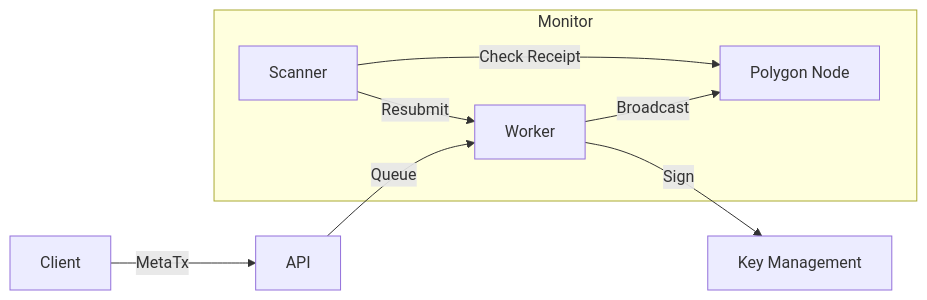
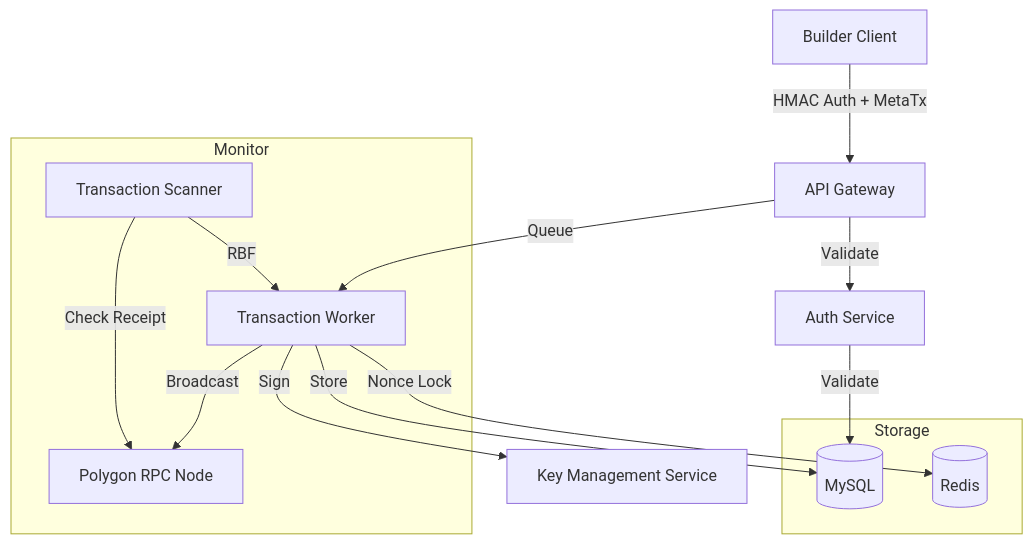
One commit to gaoyong06/prediction-relayer-service changed the diagram in docs/TDD.md. Above: the diagram before and after it, drawn with Mermaid. The commit also changed other lines of this file and 41 other files, not shown here.

````diff
--- a/docs/TDD.md
+++ b/docs/TDD.md
@@ -5,12 +5,22 @@
 ```mermaid
-graph LR
-    Client -->|MetaTx| API
-    API -->|Queue| Worker
-    Worker -->|Sign| KMS[Key Management]
-    Worker -->|Broadcast| RPC[Polygon Node]
+graph TB
+    Client[Builder Client] -->|HMAC Auth + MetaTx| API[API Gateway]
+    API -->|Validate| Auth[Auth Service]
+    API -->|Queue| Worker[Transaction Worker]
+    Worker -->|Sign| KMS[Key Management Service]
+    Worker -->|Broadcast| RPC[Polygon RPC Node]
     
     subgraph Monitor
-        Scanner -->|Check Receipt| RPC
-        Scanner -->|Resubmit| Worker
+        Scanner[Transaction Scanner] -->|Check Receipt| RPC
+        Scanner -->|RBF| Worker
     end
+    
+    subgraph Storage
+        DB[(MySQL)]
+        Redis[(Redis)]
+    end
+    
+    Worker -->|Store| DB
+    Worker -->|Nonce Lock| Redis
+    Auth -->|Validate| DB
 ```
````
